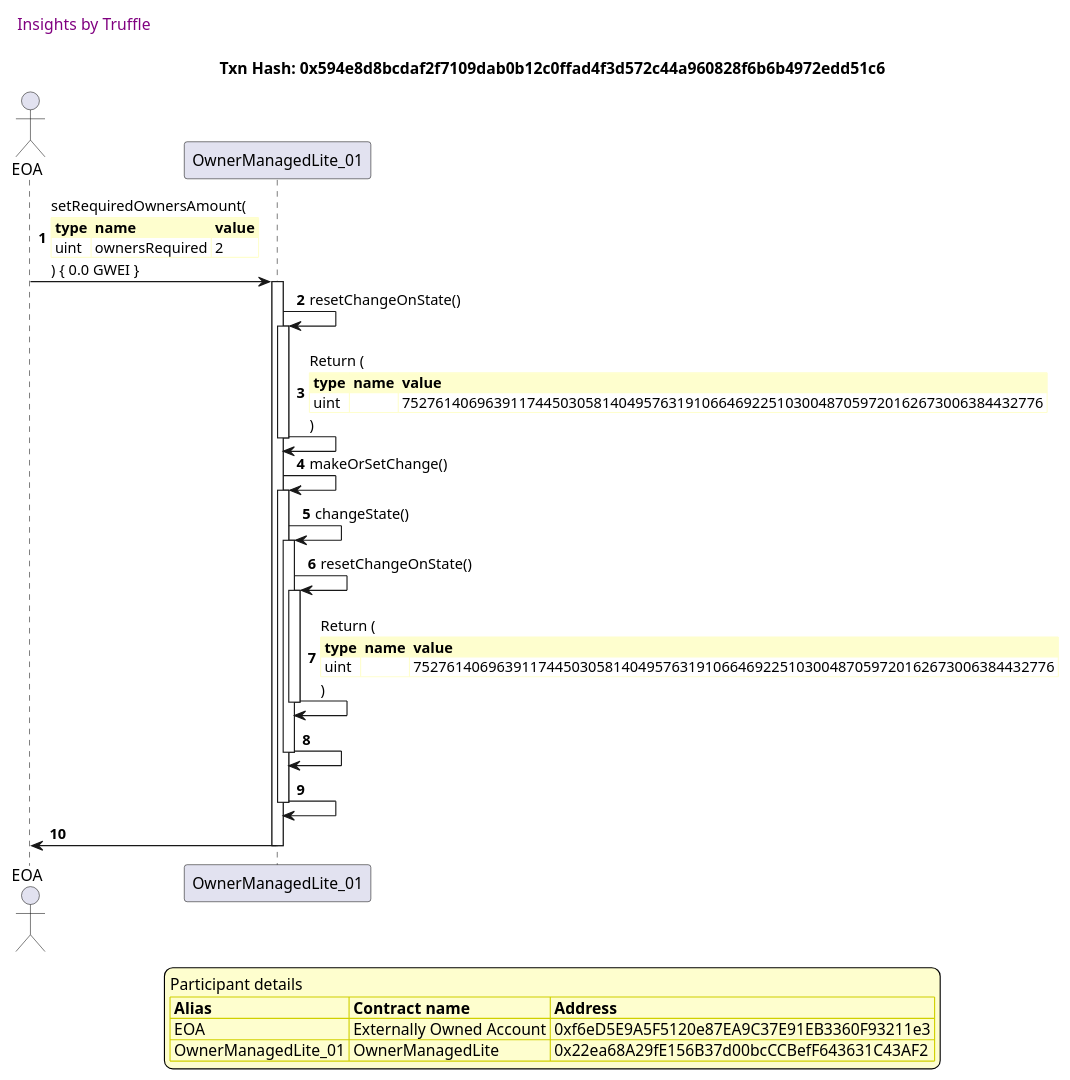
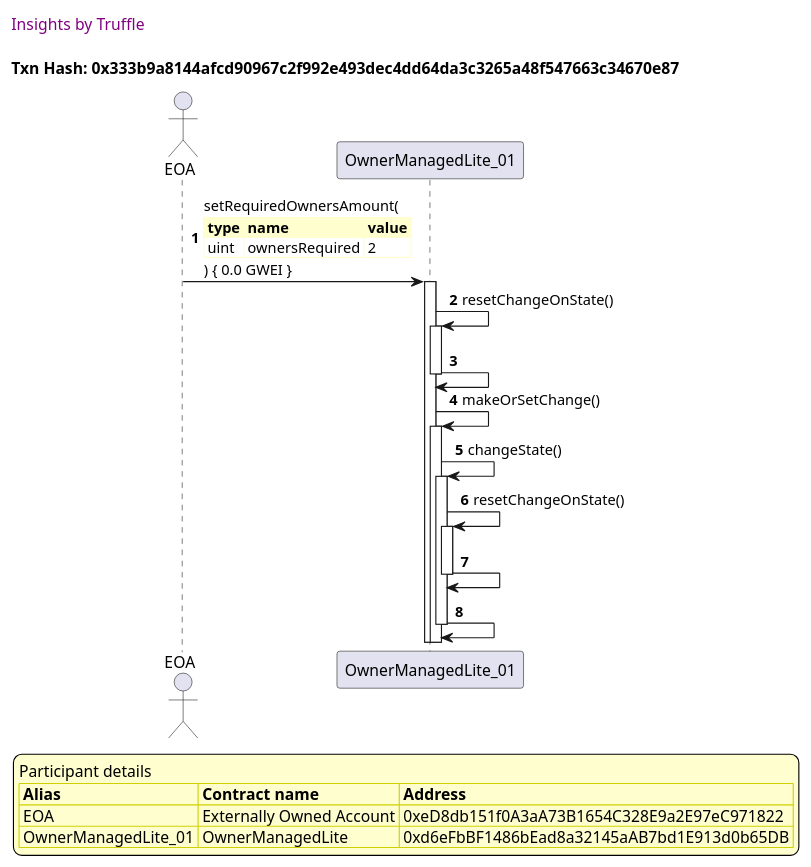
Before and after one commit to thedarkjester/ConsensysAssignment: diagram 13 of 15 in truffle-seq/OwnerManagedLite_test_agree_to_state_change.md, drawn with PlantUML. The commit also changed other lines of this file and 13 other files, not shown here.

````diff
--- a/truffle-seq/OwnerManagedLite_test_agree_to_state_change.md
+++ b/truffle-seq/OwnerManagedLite_test_agree_to_state_change.md
@@ -586,54 +578,46 @@
 ```plantuml
 
 
 @startuml
 
 autonumber
 skinparam legendBackgroundColor #FEFECE
 
 <style>
       header {
         HorizontalAlignment left
         FontColor purple
         FontSize 14
         Padding 10
       }
     </style>
 
 header Insights by Truffle
 
-title Txn Hash: 0x594e8d8bcdaf2f7109dab0b12c0ffad4f3d572c44a960828f6b6b4972edd51c6
+title Txn Hash: 0x333b9a8144afcd90967c2f992e493dec4dd64da3c3265a48f547663c34670e87
 
 
 actor EOA as "EOA"
 participant OwnerManagedLite_01 as "OwnerManagedLite_01"
 
 "EOA" -> "OwnerManagedLite_01" ++: setRequiredOwnersAmount(\n\
 <#FEFECE,#FEFECE>|= type |= name |= value |\n\
 | uint | ownersRequired | 2 |\n\
 ) { 0.0 GWEI }
 "OwnerManagedLite_01" -> "OwnerManagedLite_01" ++: resetChangeOnState()
-"OwnerManagedLite_01" -> "OwnerManagedLite_01" --: Return (\n\
-<#FEFECE,#FEFECE>|= type |= name |= value |\n\
-| uint |  | 75276140696391174450305814049576319106646922510300487059720162673006384432776 |\n\
-)
+"OwnerManagedLite_01" -> "OwnerManagedLite_01" --: 
 "OwnerManagedLite_01" -> "OwnerManagedLite_01" ++: makeOrSetChange()
 "OwnerManagedLite_01" -> "OwnerManagedLite_01" ++: changeState()
 "OwnerManagedLite_01" -> "OwnerManagedLite_01" ++: resetChangeOnState()
-"OwnerManagedLite_01" -> "OwnerManagedLite_01" --: Return (\n\
-<#FEFECE,#FEFECE>|= type |= name |= value |\n\
-| uint |  | 75276140696391174450305814049576319106646922510300487059720162673006384432776 |\n\
-)
 "OwnerManagedLite_01" -> "OwnerManagedLite_01" --: 
 "OwnerManagedLite_01" -> "OwnerManagedLite_01" --: 
-"OwnerManagedLite_01" -> "EOA" --: 
 
 legend
 Participant details
 <#FEFECE,#D0D000>|= Alias |= Contract name |= Address |
-<#FEFECE>| EOA | Externally Owned Account | 0xf6eD5E9A5F5120e87EA9C37E91EB3360F93211e3 |
-<#FEFECE>| OwnerManagedLite_01 | OwnerManagedLite | 0x22ea68A29fE156B37d00bcCCBefF643631C43AF2 |
+<#FEFECE>| EOA | Externally Owned Account | 0xeD8db151f0A3aA73B1654C328E9a2E97eC971822 |
+<#FEFECE>| OwnerManagedLite_01 | OwnerManagedLite | 0xd6eFbBF1486bEad8a32145aAB7bd1E913d0b65DB |
 endlegend
 
 @enduml
 ```
````
